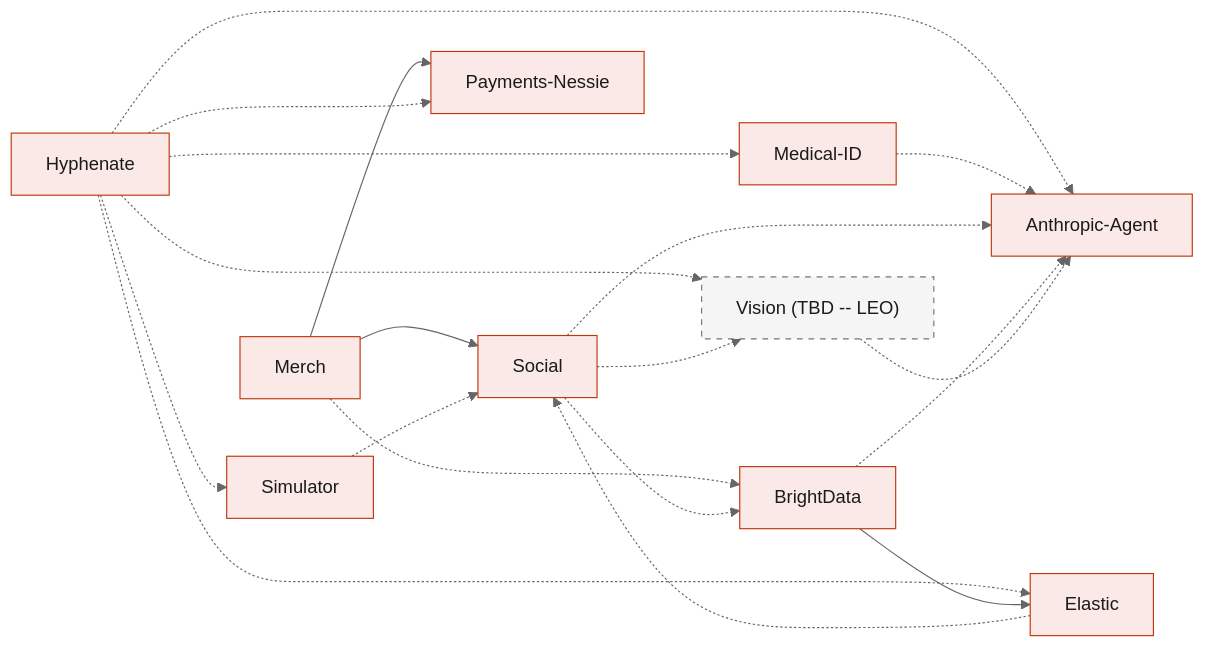
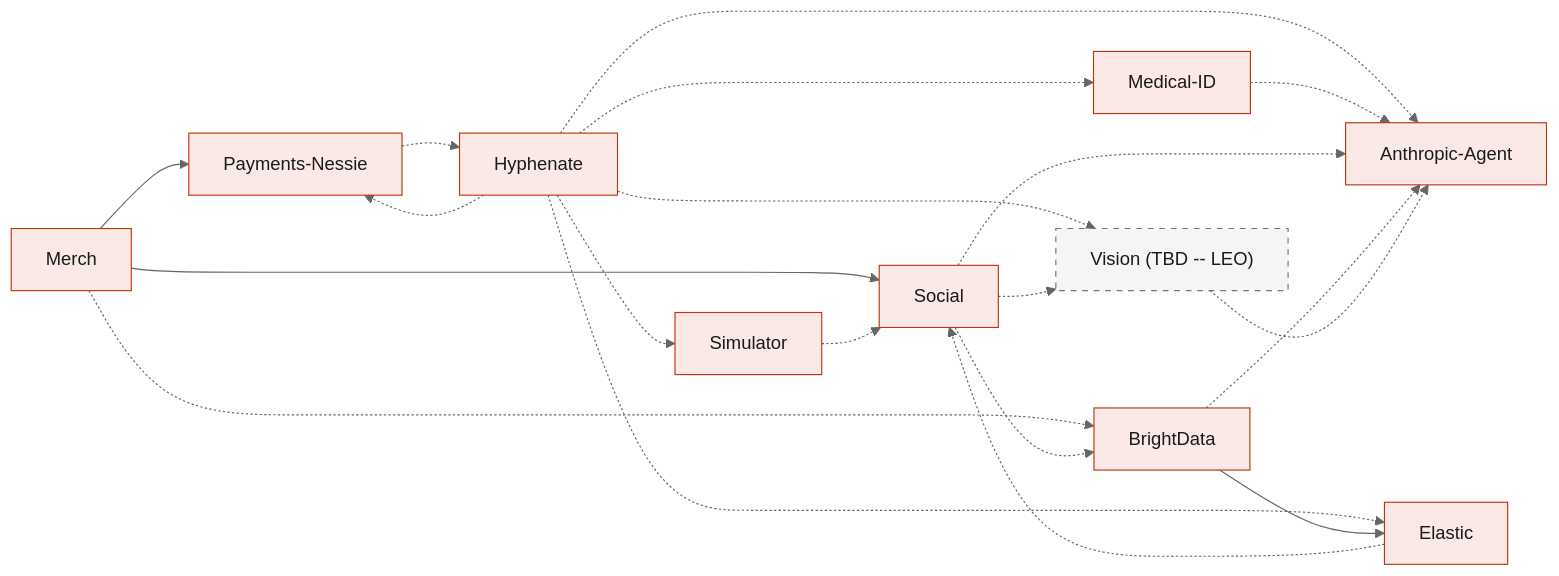
Before and after one commit to viktorinkov/cal-hacks-13: the diagram in System Design/README.md, drawn with Mermaid (neutral theme). The commit also changed other lines of this file and 19 other files, not shown here.

````diff
--- a/System Design/README.md
+++ b/System Design/README.md
@@ -59,37 +59,38 @@
 ```mermaid
 flowchart LR
   Merch["Merch"]
   Hyp["Hyphenate"]
   Soc["Social"]
   Ela["Elastic"]
   Med["Medical-ID"]
   AI["Anthropic-Agent"]
   BD["BrightData"]
   Pay["Payments-Nessie"]
   Vision["Vision (TBD -- LEO)"]
   Sim["Simulator"]
 
   Merch --> Soc
   Merch --> Pay
   Merch -.-> BD
+  Pay -.-> Hyp
   Hyp -.-> Med
   Hyp -.-> Pay
   Hyp -.-> AI
   Hyp -.-> Vision
   Hyp -.-> Sim
   Hyp -.-> Ela
   Med -.-> AI
   Soc -.-> AI
   Soc -.-> Vision
   Soc -.-> BD
   Sim -.-> Soc
   BD --> Ela
   BD -.-> AI
   Ela -.-> Soc
   Vision -.-> AI
 
   classDef rust fill:#FBE9E7,stroke:#BF360C,color:#1A1A1A
   classDef tbd fill:#F5F5F5,stroke:#757575,color:#1A1A1A,stroke-dasharray:5 5
   class Merch,Hyp,Soc,Ela,Med,AI,BD,Pay,Sim rust
   class Vision tbd
 ```
````
